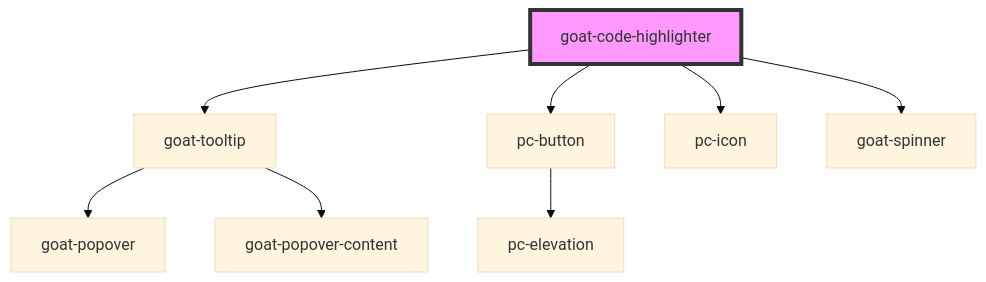
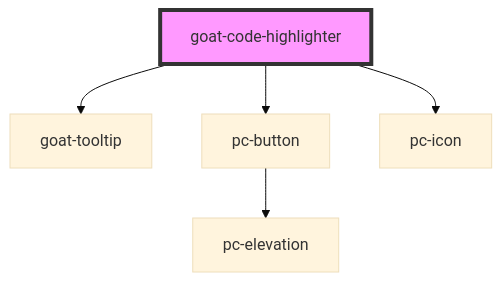
Before and after one commit to redvars/peacock: the diagram in src/components/application/code-highlighter/readme.md, drawn with Mermaid (base theme). The commit also changed other lines of this file and 127 other files, not shown here.

````diff
--- a/src/components/application/code-highlighter/readme.md
+++ b/src/components/application/code-highlighter/readme.md
@@ -30,11 +29,8 @@
 ```mermaid
 graph TD;
   goat-code-highlighter --> goat-tooltip
   goat-code-highlighter --> pc-button
   goat-code-highlighter --> pc-icon
-  goat-code-highlighter --> goat-spinner
-  goat-tooltip --> goat-popover
-  goat-tooltip --> goat-popover-content
   pc-button --> pc-elevation
   style goat-code-highlighter fill:#f9f,stroke:#333,stroke-width:4px
 ```
````
